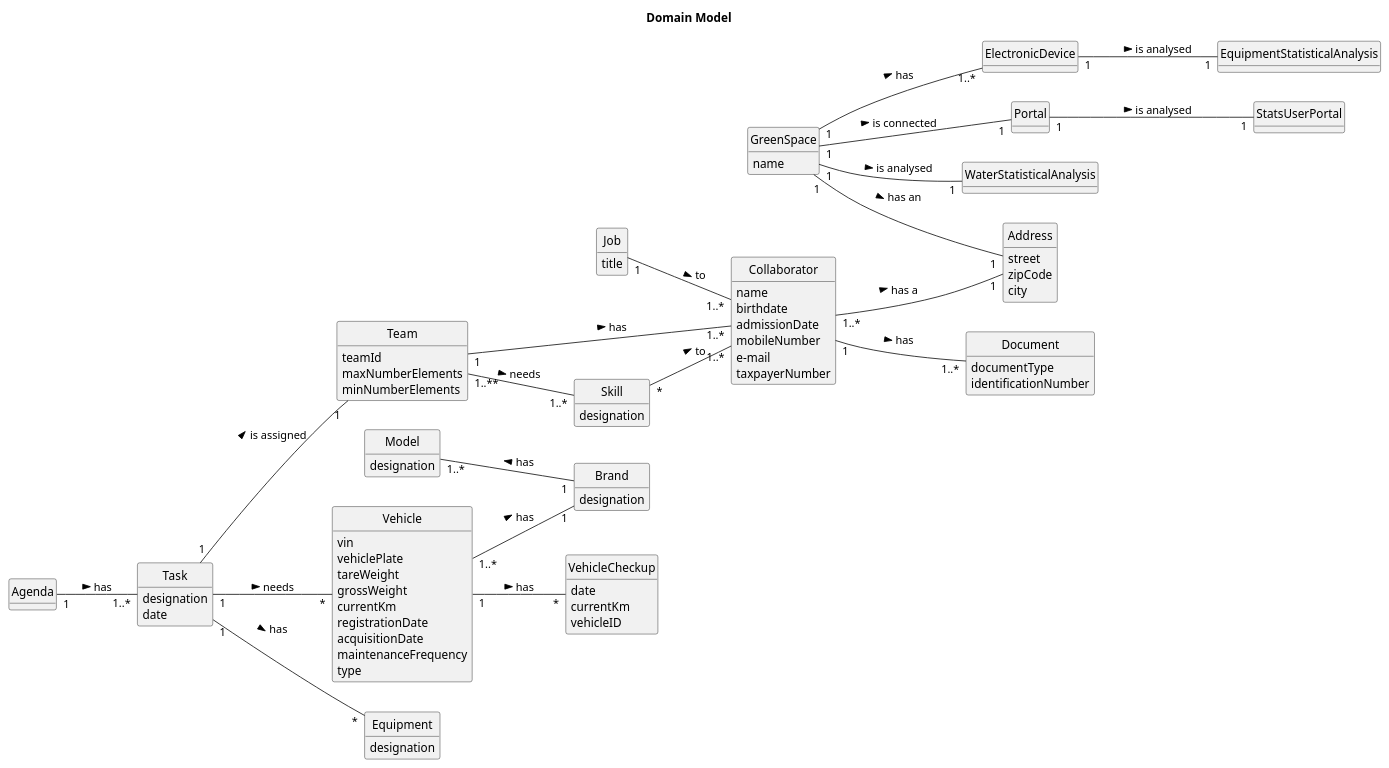
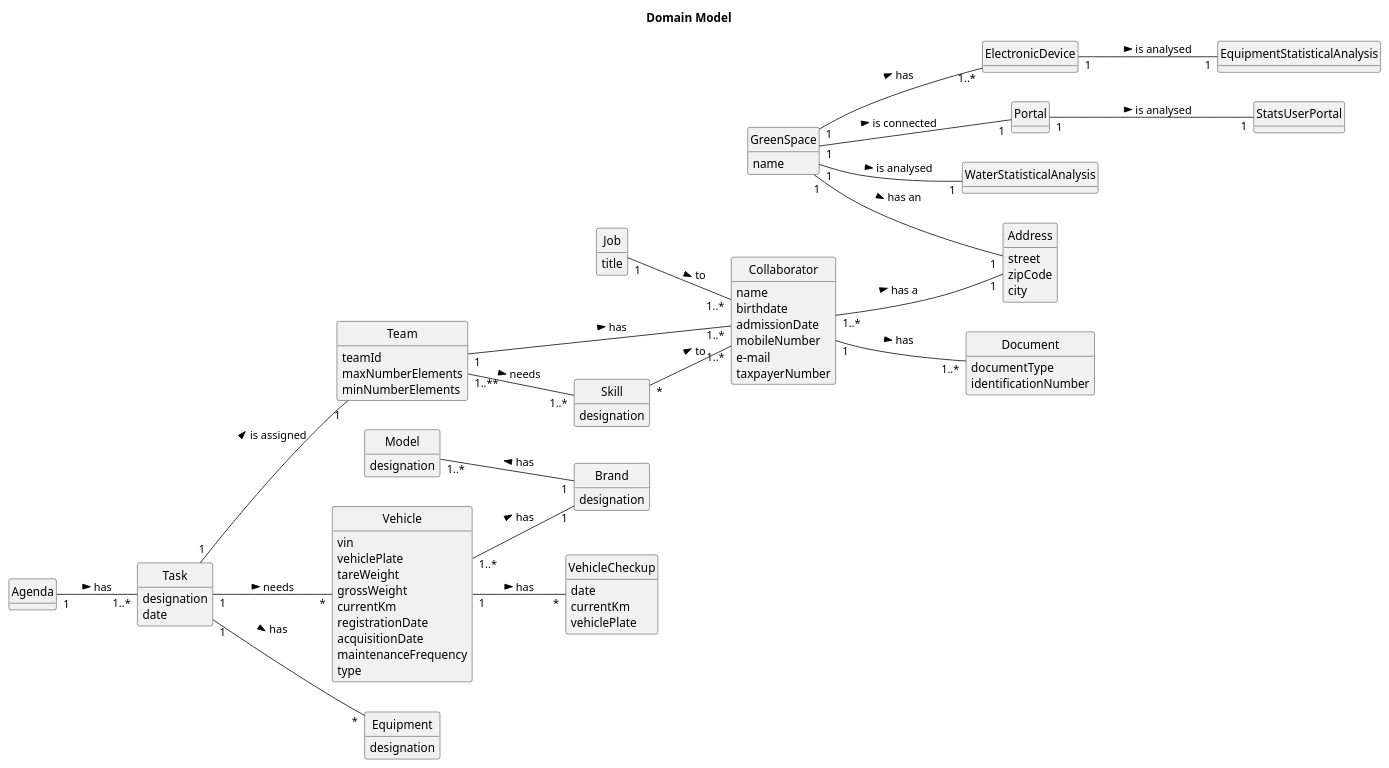
One commit to ricardomm7/leaflink changed the diagram in docs/sprintB/global-artifacts/02.analysis/puml/project-domain-model.puml. Above: the diagram before and after it, drawn with PlantUML. The commit also changed 30 other files, not shown here.

```diff
--- a/docs/sprintB/global-artifacts/02.analysis/puml/project-domain-model.puml
+++ b/docs/sprintB/global-artifacts/02.analysis/puml/project-domain-model.puml
@@ -1,146 +1,146 @@
 @startuml
 skinparam monochrome true
 skinparam packageStyle rectangle
 skinparam shadowing false
 skinparam classAttributeIconSize 0
 hide circle
 hide methods
 left to right direction
 
 title Domain Model
 
 class Skill {
     designation
 }
 
 class Job {
     title
 }
 
 class Collaborator {
     name
     birthdate
     admissionDate
     mobileNumber
     e-mail
     taxpayerNumber
 }
 
 class Document{
     documentType
     identificationNumber
 }
 
 
 class Team {
     teamId
     maxNumberElements
     minNumberElements
 }
 
 class Vehicle {
     vin
     vehiclePlate
     tareWeight
     grossWeight
     currentKm
     registrationDate
     acquisitionDate
     maintenanceFrequency
     type
 }
 
 class Brand{
     designation
 }
 
 class Model{
     designation
 }
 
 class VehicleCheckup{
     date
     currentKm
-    vehicleID
+    vehiclePlate
 }
 
 'class Person {
  '   name
  '   birthdate
  '   contactMobile
  '   email
   '  taxpayerNumber
 '}
 
 class Address{
     street
     zipCode
     city
 }
 
 class WaterStatisticalAnalysis{
 }
 
 class StatsUserPortal{
 }
 
 class ElectronicDevice{
 }
 
 class GreenSpace{
     name
 }
 
 class Task{
     designation
     date
 }
 
 class Equipment{
     designation
 }
 
 class Agenda{
 }
 
 class Portal{
 }
 
 Vehicle "1..*" -- "1" Brand : has >
 
 Model "1..*" -- "1" Brand : has <
 
 Collaborator "1" -- "1..*" Document : has >
 
 Job "1" -- "1..*" Collaborator : to >
 
 
 Skill "*" -- "1..*" Collaborator : to >
 Team "1..**" -- "1..*" Skill : needs >
 
 Team "1" -- "1..*" Collaborator : has >
 
 Vehicle "1" -- "*" VehicleCheckup : has >
 
 Collaborator "1..*" -- "1" Address : has a >
 
 GreenSpace "1" -- "1" WaterStatisticalAnalysis : is analysed >
 
 GreenSpace "1" -- "1" Address : has an >
 
 Task "1" -- "*" Vehicle : needs >
 
 Task "1" -- "1" Team : is assigned >
 
 Task "1" -- "*" Equipment : has >
 
 GreenSpace "1" -- "1..*" ElectronicDevice: has >
 
 ElectronicDevice "1" -- "1" EquipmentStatisticalAnalysis: is analysed >
 
 GreenSpace "1" -- "1" Portal : is connected >
 
 Portal "1" -- "1" StatsUserPortal : is analysed >
 
 Agenda "1" -- "1..*" Task : has >
 @enduml
```
